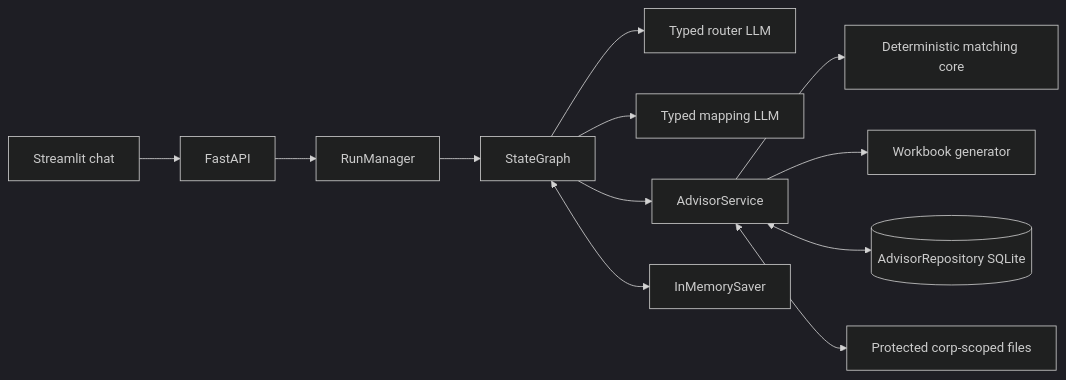
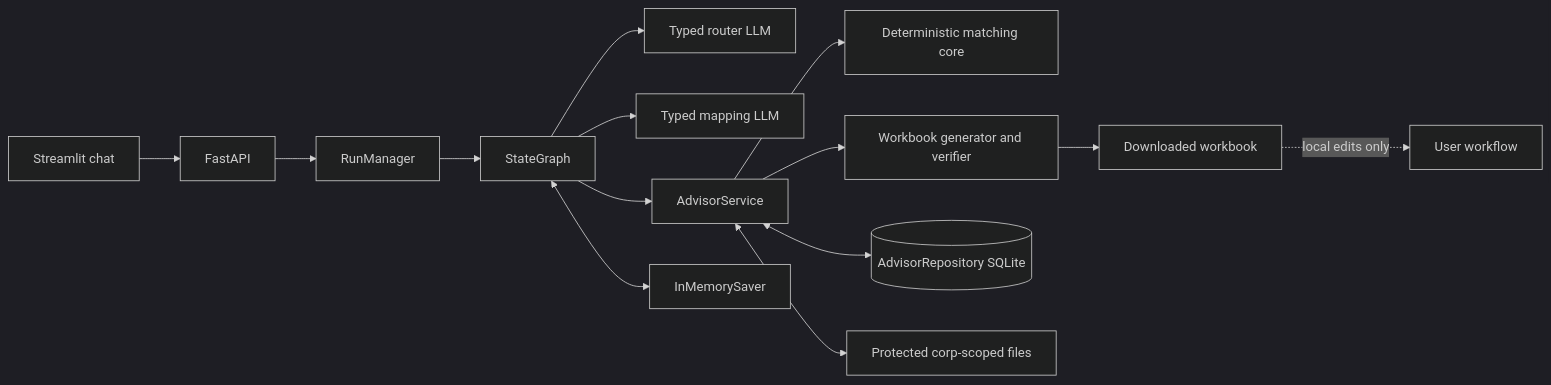
The first of 2 diagrams in advisor-match-agent/docs/ADVISOR_MATCH_ARCHITECTURE.md (lizequnwz/deepagents-agents), drawn with Mermaid (dark theme) before and after one commit. The commit also changed other lines of this file and 33 other files, not shown here.

````diff
--- a/advisor-match-agent/docs/ADVISOR_MATCH_ARCHITECTURE.md
+++ b/advisor-match-agent/docs/ADVISOR_MATCH_ARCHITECTURE.md
@@ -12,14 +16,16 @@
 ```mermaid
 flowchart LR
     UI[Streamlit chat] --> API[FastAPI]
     API --> RM[RunManager]
     RM --> G[StateGraph]
     G --> R[Typed router LLM]
     G --> M[Typed mapping LLM]
     G --> S[AdvisorService]
     S --> D[Deterministic matching core]
-    S --> W[Workbook generator]
+    S --> W[Workbook generator and verifier]
     G <--> IM[InMemorySaver]
     S <--> DB[(AdvisorRepository SQLite)]
     S <--> FS[Protected corp-scoped files]
+    W --> X[Downloaded workbook]
+    X -. local edits only .-> U[User workflow]
 ```
````
